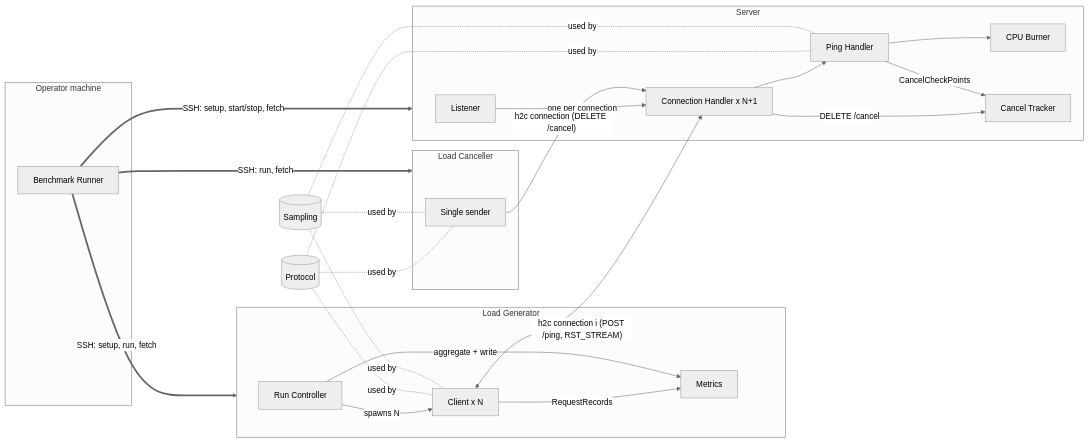
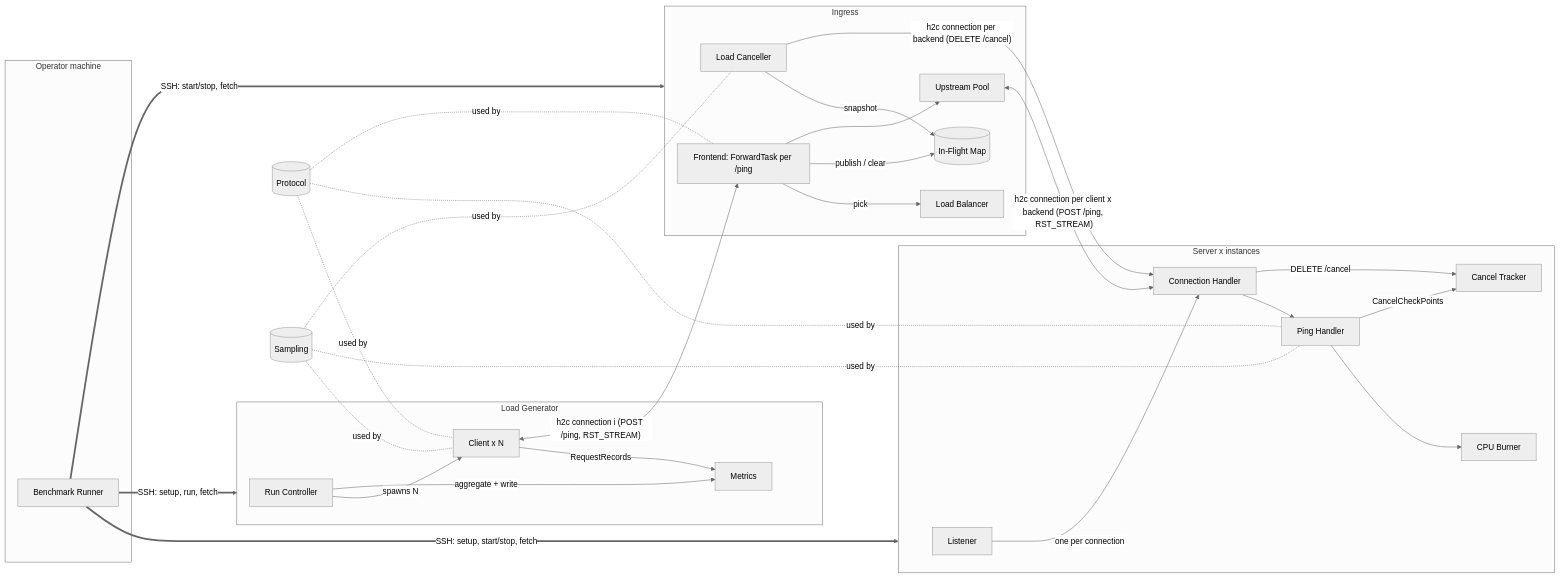
Before and after one commit to grapheo12/metastability-cancellation: the diagram in abstraction/design.md, drawn with Mermaid (neutral theme). The commit also changed other lines of this file and 6 other files, not shown here.

First line of the commit message:
[spec] Root: the Ingress replaces the canceller program

````diff
--- a/abstraction/design.md
+++ b/abstraction/design.md
@@ -5,32 +5,36 @@
 ```mermaid
 flowchart LR
   subgraph LG[Load Generator]
     RC[Run Controller] -->|spawns N| C[Client x N]
     C -->|RequestRecords| M[Metrics]
     RC -->|aggregate + write| M
   end
-  subgraph LC[Load Canceller]
-    CS[Single sender]
+  subgraph IG[Ingress]
+    FE[Frontend: ForwardTask per /ping] -->|pick| LB[Load Balancer]
+    FE -->|publish / clear| IM[(In-Flight Map)]
+    FE --> UP[Upstream Pool]
+    LC[Load Canceller] -->|snapshot| IM
   end
-  subgraph SV[Server]
-    L[Listener] -->|one per connection| CH[Connection Handler x N+1]
+  subgraph SV[Server x instances]
+    L[Listener] -->|one per connection| CH[Connection Handler]
     CH --> PH[Ping Handler]
     PH --> CB[CPU Burner]
     CH -->|DELETE /cancel| CT[Cancel Tracker]
     PH -->|CancelCheckPoints| CT
   end
-  C <-->|"h2c connection i (POST /ping, RST_STREAM)"| CH
-  CS -->|"h2c connection (DELETE /cancel)"| CH
+  C <-->|"h2c connection i (POST /ping, RST_STREAM)"| FE
+  UP <-->|"h2c connection per client x backend (POST /ping, RST_STREAM)"| CH
+  LC -->|"h2c connection per backend (DELETE /cancel)"| CH
   P[(Protocol)] -.used by.- C
   P -.used by.- PH
-  P -.used by.- CS
+  P -.used by.- FE
   S[(Sampling)] -.used by.- C
   S -.used by.- PH
-  S -.used by.- CS
+  S -.used by.- LC
   subgraph OP[Operator machine]
     BR[Benchmark Runner]
   end
   BR ==>|"SSH: setup, start/stop, fetch"| SV
   BR ==>|"SSH: setup, run, fetch"| LG
-  BR ==>|"SSH: run, fetch"| LC
+  BR ==>|"SSH: start/stop, fetch"| IG
 ```
````
